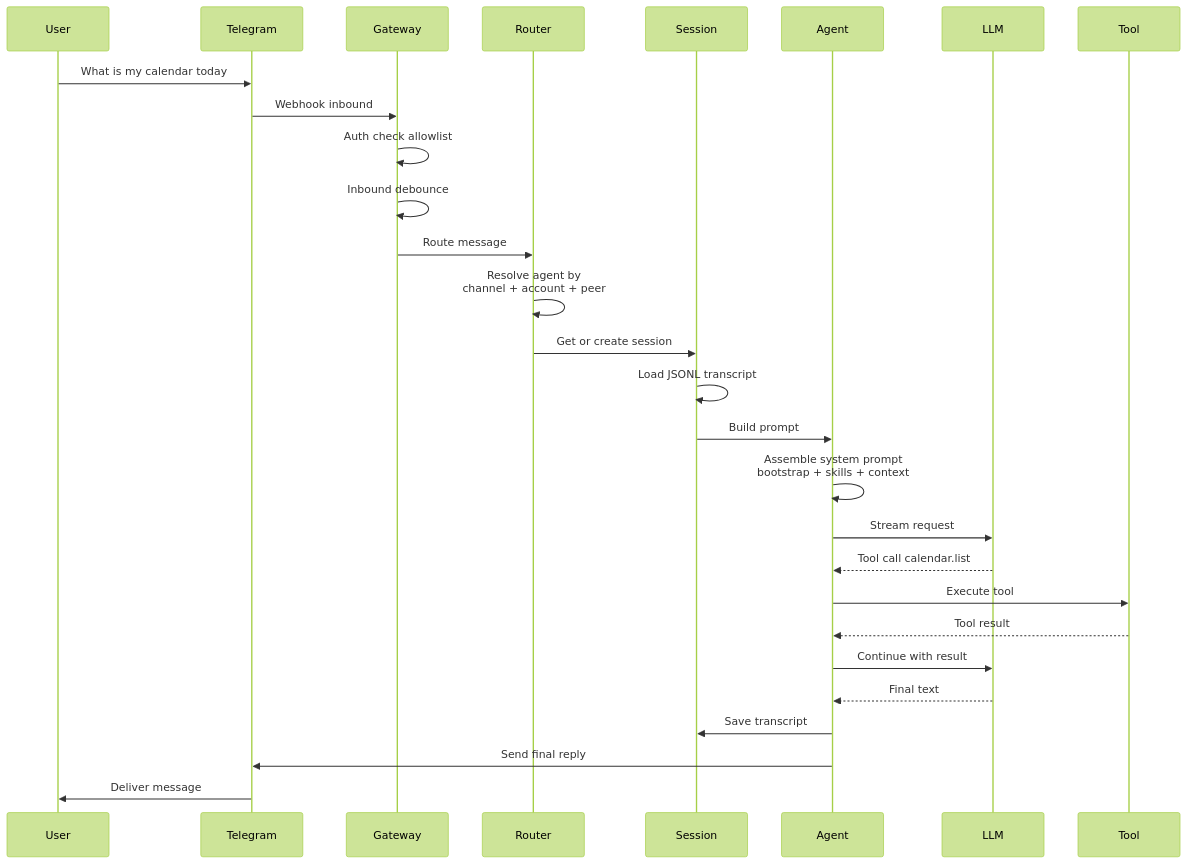
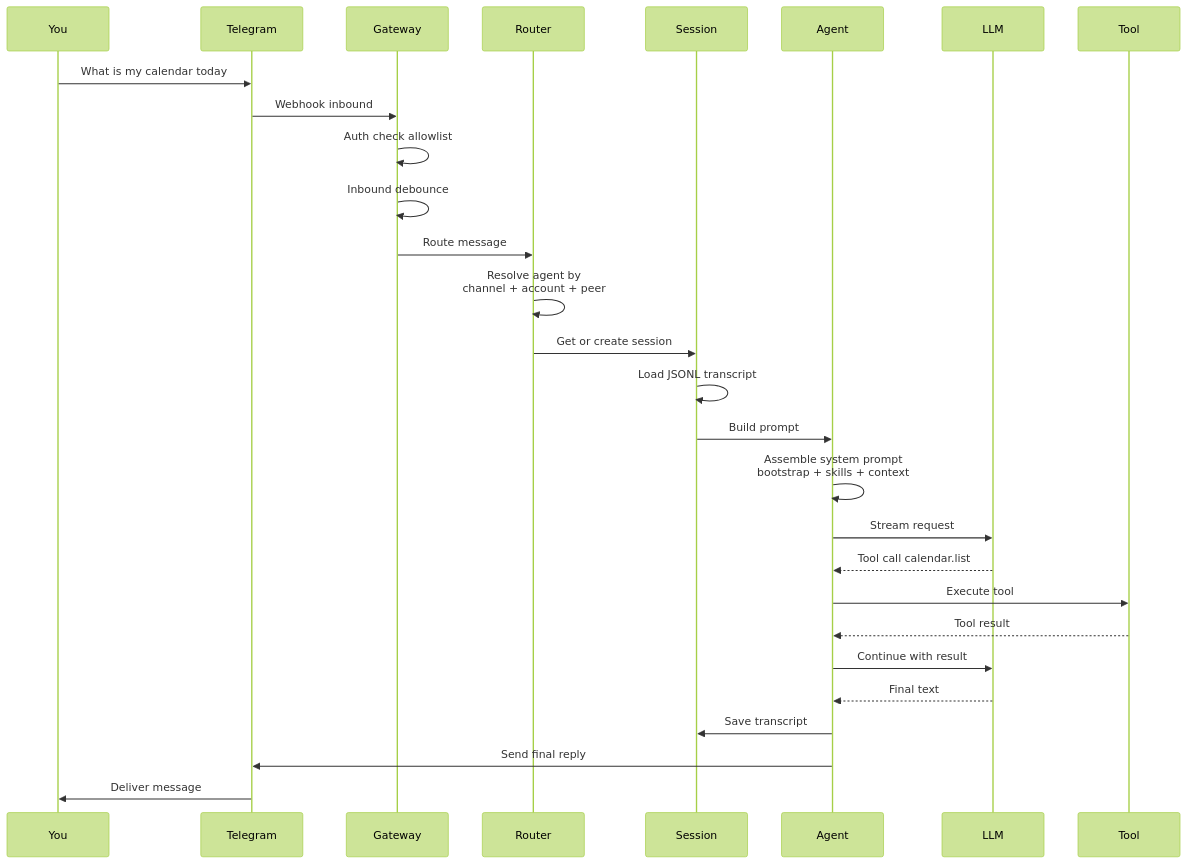
One commit to alexeygrigorev/telegram-writing-assistant changed the second of 6 diagrams in articles/research/openclaw.md. Above: the diagram before and after it, drawn with Mermaid (forest theme). The commit also changed other lines of this file, not shown here.

First line of the commit message:
Apply Valeria's feedback to OpenClaw architecture article

````diff
--- a/articles/research/openclaw.md
+++ b/articles/research/openclaw.md
@@ -112,31 +130,31 @@
 ```mermaid
 sequenceDiagram
-    participant User
+    participant You
     participant Telegram
     participant Gateway
     participant Router
     participant Session
     participant Agent
     participant LLM
     participant Tool
 
-    User->>Telegram: What is my calendar today
+    You->>Telegram: What is my calendar today
     Telegram->>Gateway: Webhook inbound
     Gateway->>Gateway: Auth check allowlist
     Gateway->>Gateway: Inbound debounce
     Gateway->>Router: Route message
     Router->>Router: Resolve agent by<br/>channel + account + peer
     Router->>Session: Get or create session
     Session->>Session: Load JSONL transcript
     Session->>Agent: Build prompt
     Agent->>Agent: Assemble system prompt<br/>bootstrap + skills + context
     Agent->>LLM: Stream request
     LLM-->>Agent: Tool call calendar.list
     Agent->>Tool: Execute tool
     Tool-->>Agent: Tool result
     Agent->>LLM: Continue with result
     LLM-->>Agent: Final text
     Agent->>Session: Save transcript
     Agent->>Telegram: Send final reply
-    Telegram->>User: Deliver message
+    Telegram->>You: Deliver message
 ```
````
